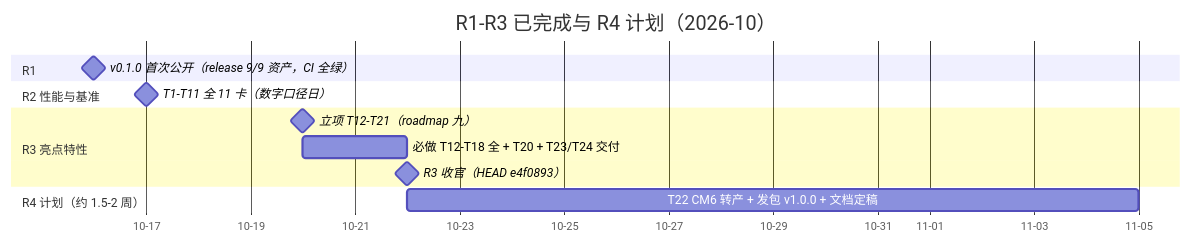
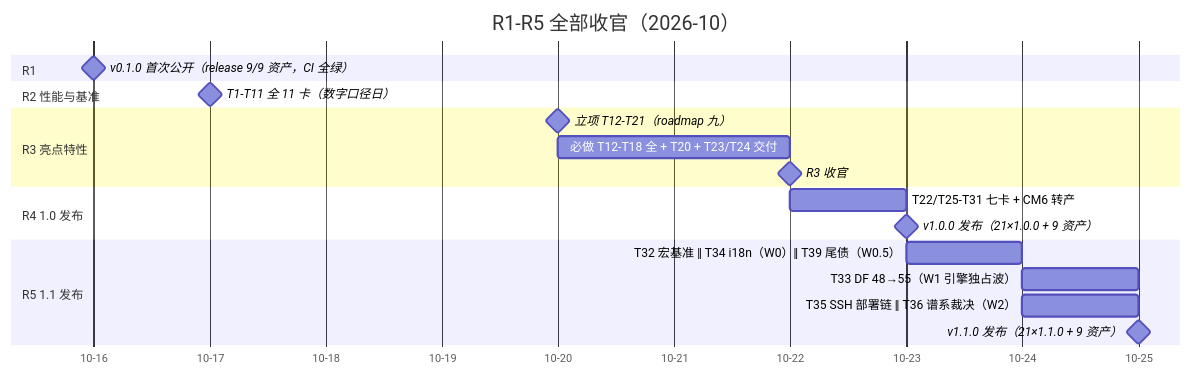
One commit to SeekerGalahad/tailrace changed the eighth of 9 diagrams in docs/design/architecture.zh.md. Above: the diagram before and after it, drawn with Mermaid. The commit also changed other lines of this file and 4 other files, not shown here.

Commit message:
docs: architecture v1.1.0 baseline + project assessment and outlook

````diff
--- a/docs/design/architecture.zh.md
+++ b/docs/design/architecture.zh.md
@@ -435,16 +511,22 @@
 ```mermaid
 gantt
-  title R1-R3 已完成与 R4 计划（2026-10）
+  title R1-R5 全部收官（2026-10）
   dateFormat YYYY-MM-DD
   axisFormat %m-%d
   section R1
   v0.1.0 首次公开（release 9/9 资产，CI 全绿）  :milestone, 2026-10-16, 0d
   section R2 性能与基准
   T1-T11 全 11 卡（数字口径日）            :milestone, 2026-10-17, 0d
   section R3 亮点特性
   立项 T12-T21（roadmap 九）               :milestone, 2026-10-20, 0d
   必做 T12-T18 全 + T20 + T23/T24 交付      :2026-10-20, 2d
-  R3 收官（HEAD e4f0893）                  :milestone, 2026-10-22, 0d
-  section R4 计划（约 1.5-2 周）
-  T22 CM6 转产 + 发包 v1.0.0 + 文档定稿    :2026-10-22, 14d
+  R3 收官                                  :milestone, 2026-10-22, 0d
+  section R4 1.0 发布
+  T22/T25-T31 七卡 + CM6 转产              :2026-10-22, 1d
+  v1.0.0 发布（21×1.0.0 + 9 资产）         :milestone, 2026-10-23, 0d
+  section R5 1.1 发布
+  T32 宏基准 ‖ T34 i18n（W0）‖ T39 尾债（W0.5） :2026-10-23, 1d
+  T33 DF 48→55（W1 引擎独占波）             :2026-10-24, 1d
+  T35 SSH 部署链 ‖ T36 谱系裁决（W2）        :2026-10-24, 1d
+  v1.1.0 发布（21×1.1.0 + 9 资产）         :milestone, 2026-10-25, 0d
 ```
````
